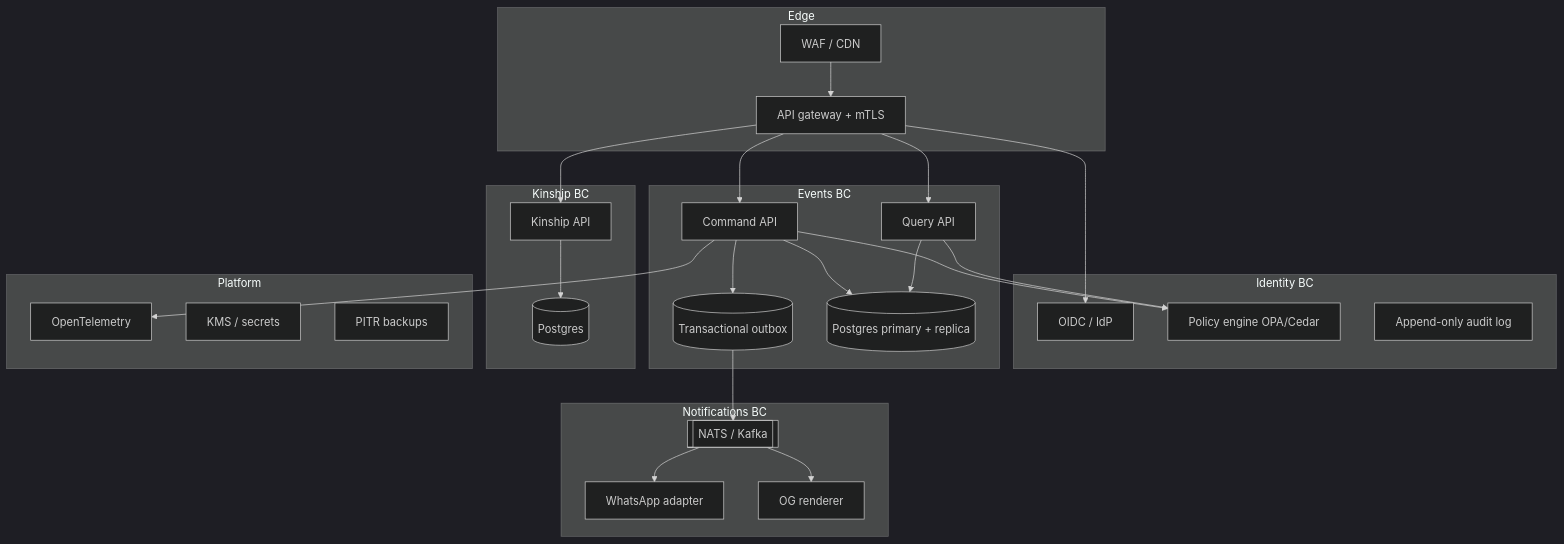
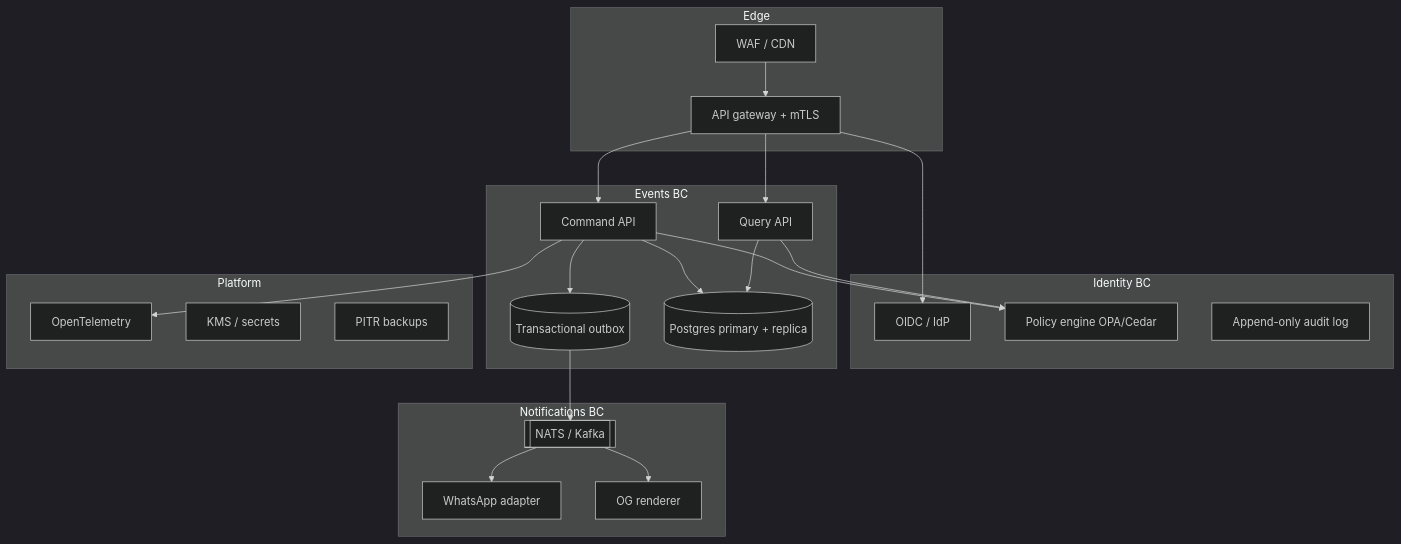
One commit to ansarrnd/community-app changed the second of 2 diagrams in docs/BLUEPRINT/10-GO-BACKEND.md. Above: the diagram before and after it, drawn with Mermaid (dark theme). The commit also changed other lines of this file and 46 other files, not shown here.

````diff
--- a/docs/BLUEPRINT/10-GO-BACKEND.md
+++ b/docs/BLUEPRINT/10-GO-BACKEND.md
@@ -120,53 +120,46 @@
 ```mermaid
 flowchart TB
   subgraph edge [Edge]
     WAF[WAF / CDN]
     APIGW[API gateway + mTLS]
   end
 
   subgraph identity [Identity BC]
     OIDC[OIDC / IdP]
     AuthZ[Policy engine OPA/Cedar]
     Audit[Append-only audit log]
   end
 
   subgraph eventsBC [Events BC]
     CmdAPI[Command API]
     QueryAPI[Query API]
     Outbox[(Transactional outbox)]
     PG[(Postgres primary + replica)]
   end
 
-  subgraph kinshipBC [Kinship BC]
-    KinAPI[Kinship API]
-    KinPG[(Postgres)]
-  end
-
   subgraph notifyBC [Notifications BC]
     WA[WhatsApp adapter]
     OG[OG renderer]
     Bus[[NATS / Kafka]]
   end
 
   subgraph platform [Platform]
     OTel[OpenTelemetry]
     Secrets[KMS / secrets]
     Backup[PITR backups]
   end
 
   WAF --> APIGW
   APIGW --> CmdAPI
   APIGW --> QueryAPI
-  APIGW --> KinAPI
   APIGW --> OIDC
   CmdAPI --> AuthZ
   QueryAPI --> AuthZ
   CmdAPI --> PG
   CmdAPI --> Outbox
   Outbox --> Bus
   QueryAPI --> PG
-  KinAPI --> KinPG
   Bus --> WA
   Bus --> OG
   CmdAPI --> OTel
 ```
````
